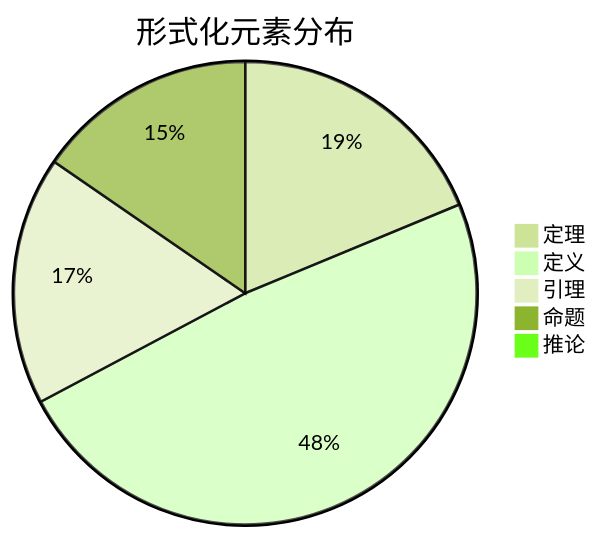
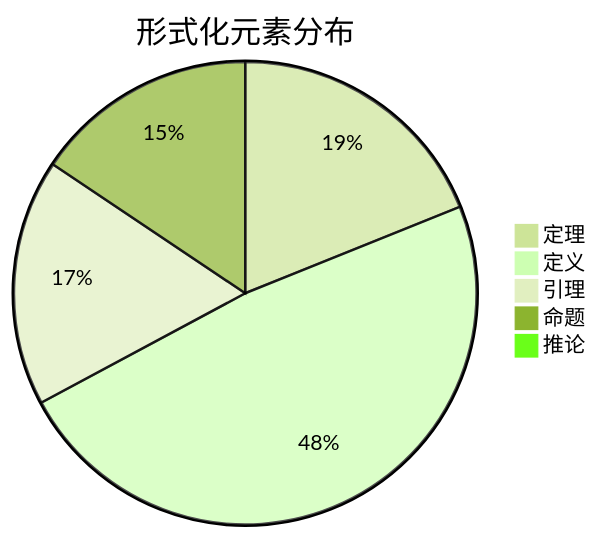
The sixth of 10 diagrams in DASHBOARD.md (AdaMartin18010/AnalysisDataFlow), drawn with Mermaid (forest theme) before and after one commit. The commit also changed other lines of this file and 4 other files, not shown here.

````diff
--- a/DASHBOARD.md
+++ b/DASHBOARD.md
@@ -153,8 +175,8 @@
 ```mermaid
 pie title 形式化元素分布
-    "定理" : 1418
-    "定义" : 3667
-    "引理" : 1313
-    "命题" : 1165
-    "推论" : 71
+    "定理" : 1536
+    "定义" : 3922
+    "引理" : 1400
+    "命题" : 1268
+    "推论" : 75
 ```
````
